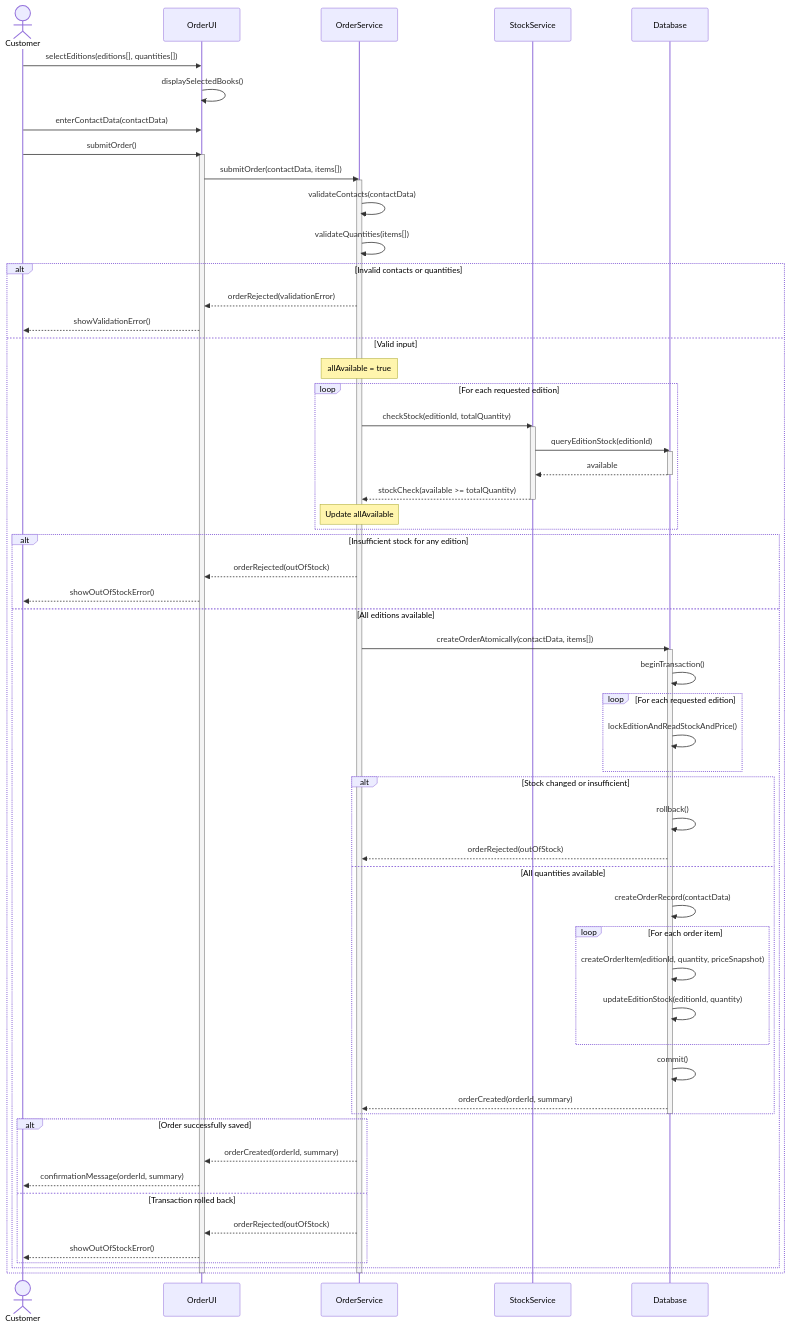
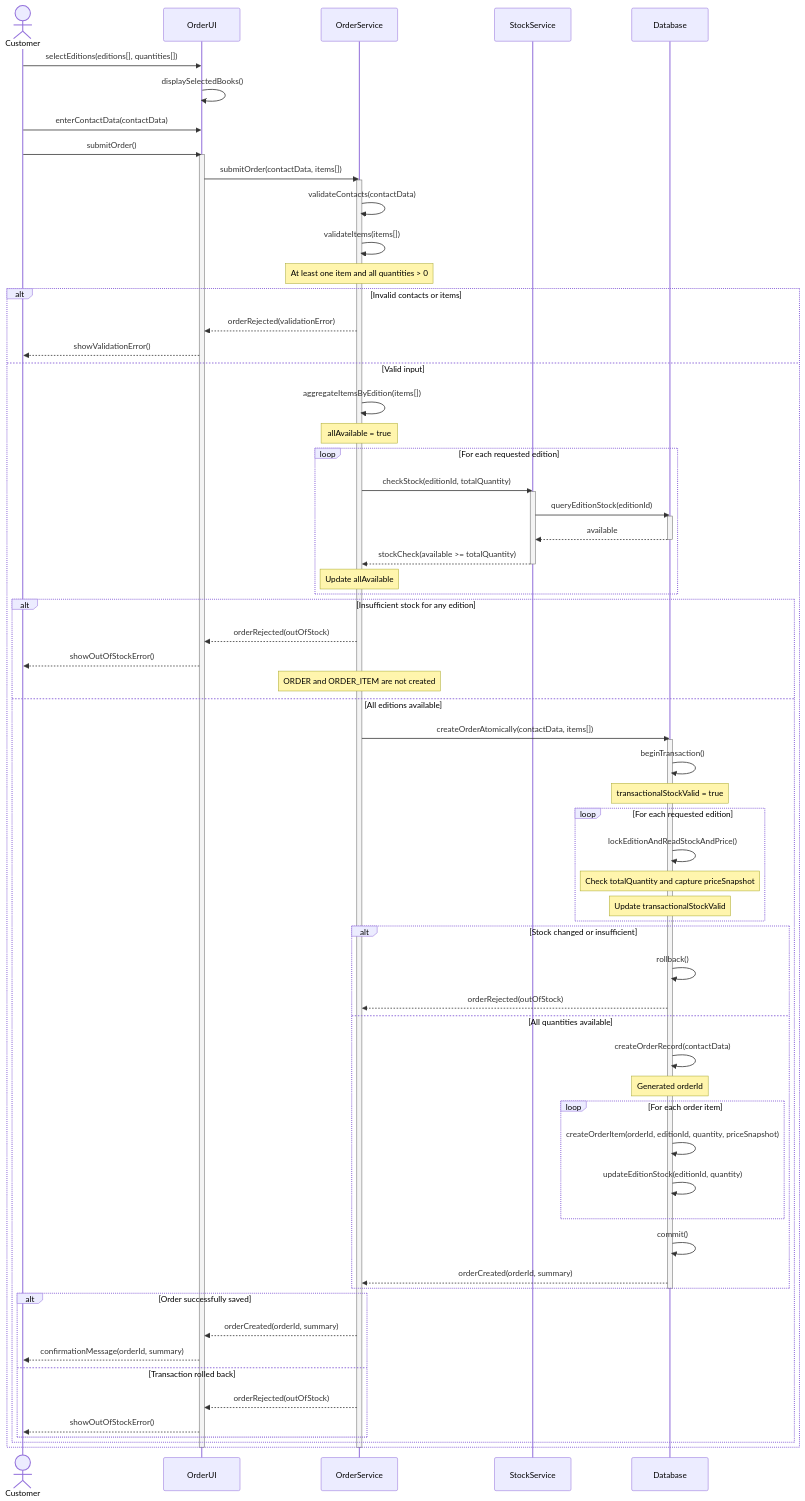
Before and after one commit to LilG3ra/MAVPZ: the diagram in task-3-sequence-diagram/diagrams/SC-01.mmd, drawn with Mermaid.

Commit message:
update: Оновила SC-01.mmd
1. Замінила validateQuantities() на validateItems() для перевірки непорожнього замовлення та додатної кількості примірників.
2. Додала aggregateItemsByEdition() для об'єднування однакових видань.
3. Уточнила повторну перевірку залишків і фіксацію priceSnapshot в межах транзакції.
4. Додано пояснення генерації orderId та його передачу
5. Уточнила обробку недостатнього залишку без створення замовлення.
6. Зберешланаявних учасників, activation bars та комбіновані фрагменти alt і loop.

```diff
--- a/task-3-sequence-diagram/diagrams/SC-01.mmd
+++ b/task-3-sequence-diagram/diagrams/SC-01.mmd
@@ -1,77 +1,84 @@
 sequenceDiagram
     actor Customer as Customer
     participant UI as OrderUI
     participant OrderService as OrderService
     participant StockService as StockService
     participant Database as Database
 
     Customer->>UI: selectEditions(editions[], quantities[])
     UI->>UI: displaySelectedBooks()
     Customer->>UI: enterContactData(contactData)
     Customer->>UI: submitOrder()
     activate UI
 
     UI->>OrderService: submitOrder(contactData, items[])
     activate OrderService
 
     OrderService->>OrderService: validateContacts(contactData)
-    OrderService->>OrderService: validateQuantities(items[])
+    OrderService->>OrderService: validateItems(items[])
+    Note over OrderService: At least one item and all quantities > 0
 
-    alt Invalid contacts or quantities
+    alt Invalid contacts or items
         OrderService-->>UI: orderRejected(validationError)
         UI-->>Customer: showValidationError()
     else Valid input
+        OrderService->>OrderService: aggregateItemsByEdition(items[])
         Note over OrderService: allAvailable = true
 
         loop For each requested edition
             OrderService->>StockService: checkStock(editionId, totalQuantity)
             activate StockService
             StockService->>Database: queryEditionStock(editionId)
             activate Database
             Database-->>StockService: available
             deactivate Database
             StockService-->>OrderService: stockCheck(available >= totalQuantity)
             deactivate StockService
             Note over OrderService: Update allAvailable
         end
 
         alt Insufficient stock for any edition
             OrderService-->>UI: orderRejected(outOfStock)
             UI-->>Customer: showOutOfStockError()
+            Note over OrderService: ORDER and ORDER_ITEM are not created
         else All editions available
             OrderService->>Database: createOrderAtomically(contactData, items[])
             activate Database
             Database->>Database: beginTransaction()
+            Note over Database: transactionalStockValid = true
 
             loop For each requested edition
                 Database->>Database: lockEditionAndReadStockAndPrice()
+                Note over Database: Check totalQuantity and capture priceSnapshot
+                Note over Database: Update transactionalStockValid
             end
 
             alt Stock changed or insufficient
                 Database->>Database: rollback()
                 Database-->>OrderService: orderRejected(outOfStock)
             else All quantities available
                 Database->>Database: createOrderRecord(contactData)
+                Note over Database: Generated orderId
 
                 loop For each order item
-                    Database->>Database: createOrderItem(editionId, quantity, priceSnapshot)
+                    Database->>Database: createOrderItem(orderId, editionId, quantity, priceSnapshot)
                     Database->>Database: updateEditionStock(editionId, quantity)
                 end
 
                 Database->>Database: commit()
                 Database-->>OrderService: orderCreated(orderId, summary)
             end
             deactivate Database
 
             alt Order successfully saved
                 OrderService-->>UI: orderCreated(orderId, summary)
                 UI-->>Customer: confirmationMessage(orderId, summary)
             else Transaction rolled back
                 OrderService-->>UI: orderRejected(outOfStock)
                 UI-->>Customer: showOutOfStockError()
             end
         end
     end
 
     deactivate OrderService
     deactivate UI
```
